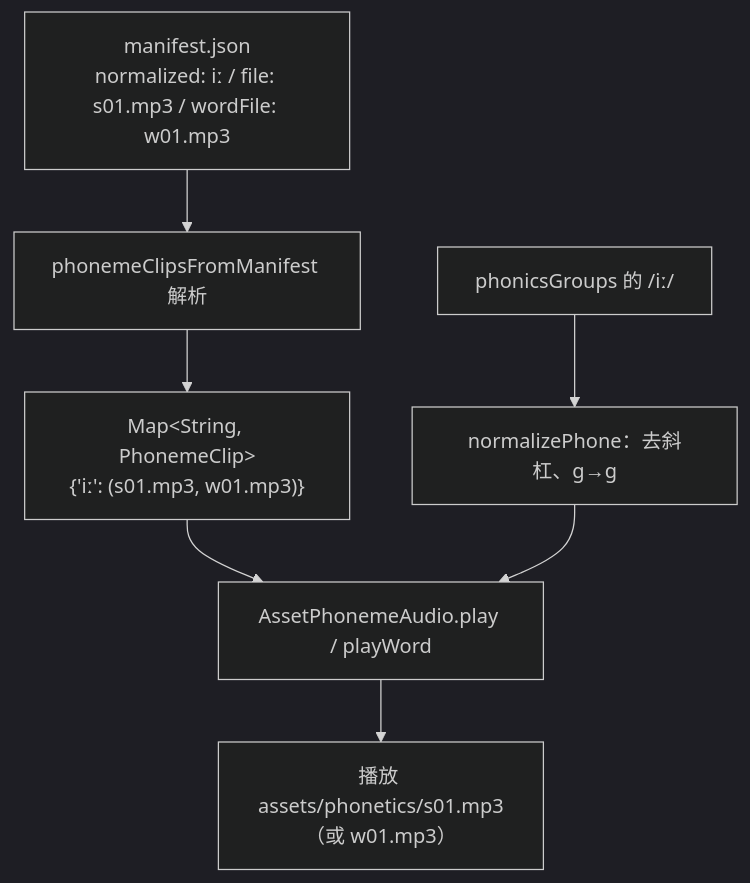
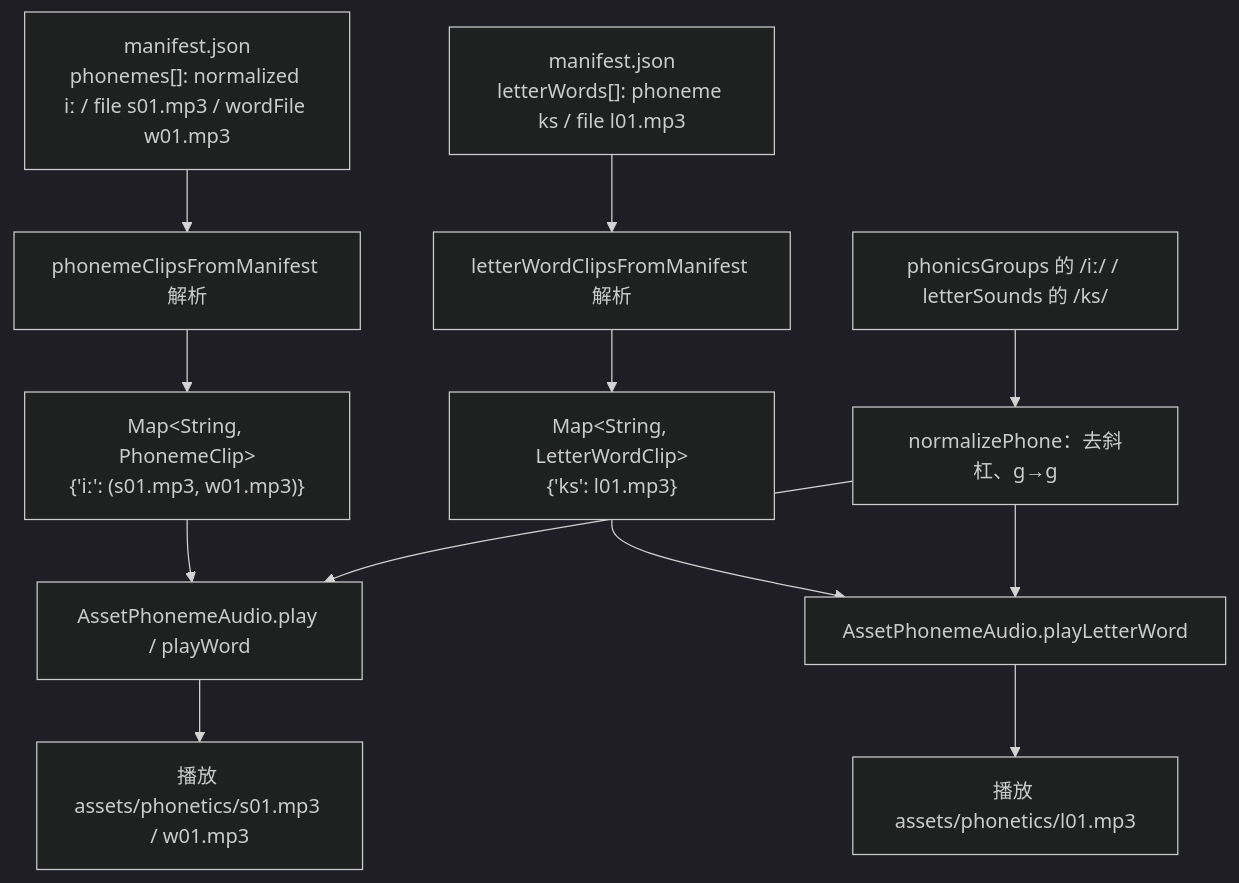
One commit to kindywu/contexta changed the second of 5 diagrams in impl/app/flutter/docs/phoneme-audio.md. Above: the diagram before and after it, drawn with Mermaid (dark theme). The commit also changed other lines of this file and 20 other files, not shown here.

````diff
--- a/impl/app/flutter/docs/phoneme-audio.md
+++ b/impl/app/flutter/docs/phoneme-audio.md
@@ -97,9 +99,14 @@
 ```mermaid
 flowchart TD
-    A["manifest.json<br/>normalized: iː / file: s01.mp3 / wordFile: w01.mp3"] --> B[phonemeClipsFromManifest 解析]
+    A["manifest.json<br/>phonemes[]: normalized iː / file s01.mp3 / wordFile w01.mp3"] --> B[phonemeClipsFromManifest 解析]
+    A2["manifest.json<br/>letterWords[]: phoneme ks / file l01.mp3"] --> B2[letterWordClipsFromManifest 解析]
     B --> C["Map&lt;String, PhonemeClip&gt;<br/>{'iː': (s01.mp3, w01.mp3)}"]
+    B2 --> C2["Map&lt;String, LetterWordClip&gt;<br/>{'ks': l01.mp3}"]
     C --> D["AssetPhonemeAudio.play / playWord"]
-    E["phonicsGroups 的 /iː/"] --> F[normalizePhone：去斜杠、ɡ→g]
+    C2 --> D2["AssetPhonemeAudio.playLetterWord"]
+    E["phonicsGroups 的 /iː/ / letterSounds 的 /ks/"] --> F[normalizePhone：去斜杠、ɡ→g]
     F --> D
-    D --> G["播放 assets/phonetics/s01.mp3<br/>（或 w01.mp3）"]
+    F --> D2
+    D --> G["播放 assets/phonetics/s01.mp3 / w01.mp3"]
+    D2 --> G2["播放 assets/phonetics/l01.mp3"]
 ```
````
